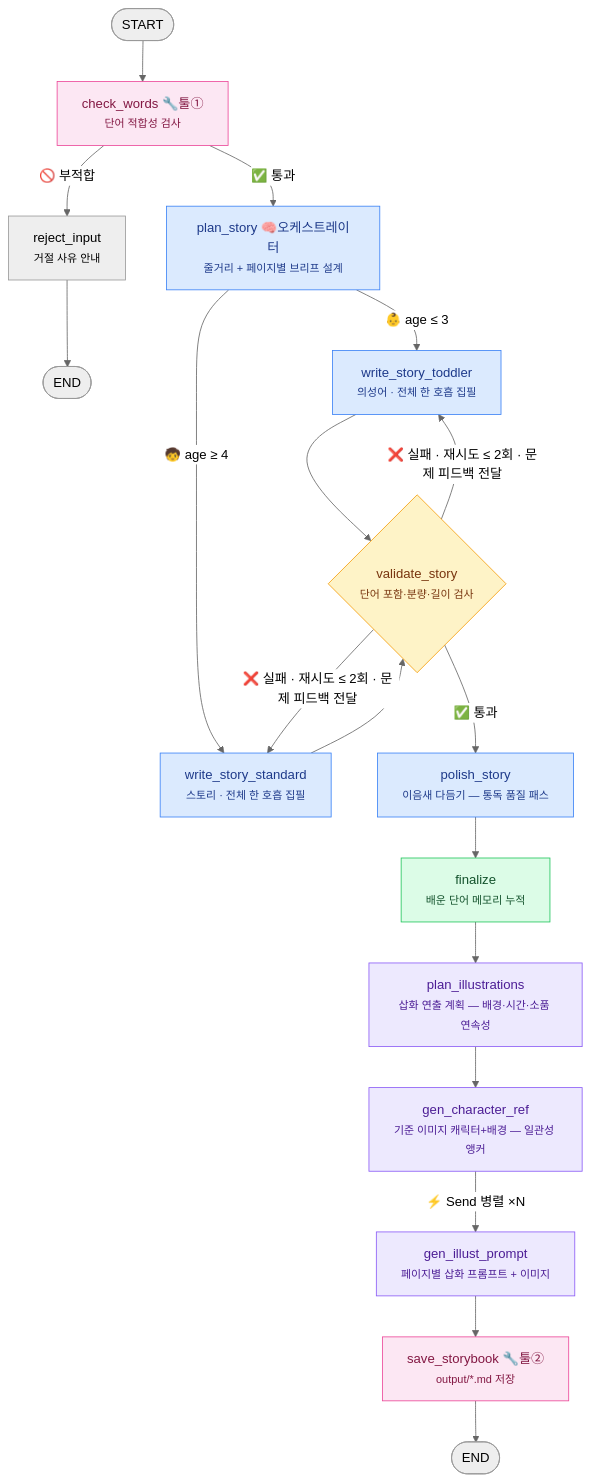
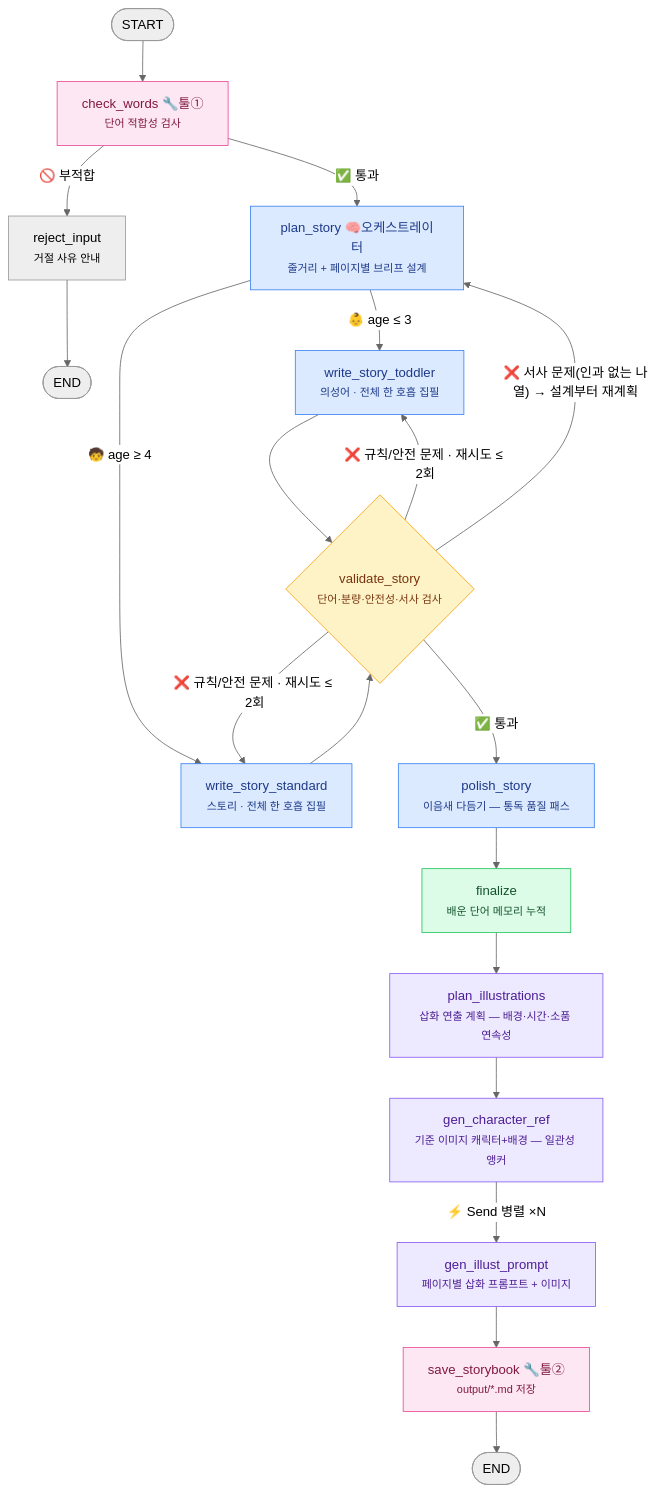
One commit to jang-yean-chul/master-agent changed the diagram in project_1/README.md. Above: the diagram before and after it, drawn with Mermaid (neutral theme). The commit also changed other lines of this file, not shown here.

````diff
--- a/project_1/README.md
+++ b/project_1/README.md
@@ -33,30 +33,31 @@
 ```mermaid
 flowchart TD
     S([START]) --> T1[check_words 🔧툴①<br/><small>단어 적합성 검사</small>]
     T1 -- "🚫 부적합" --> R[reject_input<br/><small>거절 사유 안내</small>] --> E1([END])
     T1 -- "✅ 통과" --> A[plan_story 🧠오케스트레이터<br/><small>줄거리 + 페이지별 브리프 설계</small>]
     A -- "👶 age ≤ 3" --> B1[write_story_toddler<br/><small>의성어 · 전체 한 호흡 집필</small>]
     A -- "🧒 age ≥ 4" --> B2[write_story_standard<br/><small>스토리 · 전체 한 호흡 집필</small>]
-    B1 --> C{validate_story<br/><small>단어 포함·분량·길이 검사</small>}
+    B1 --> C{validate_story<br/><small>단어·분량·안전성·서사 검사</small>}
     B2 --> C
-    C -- "❌ 실패 · 재시도 ≤ 2회 · 문제 피드백 전달" --> B1 & B2
+    C -- "❌ 규칙/안전 문제 · 재시도 ≤ 2회" --> B1 & B2
+    C -- "❌ 서사 문제(인과 없는 나열) → 설계부터 재계획" --> A
     C -- "✅ 통과" --> PS[polish_story<br/><small>이음새 다듬기 — 통독 품질 패스</small>]
     PS --> D[finalize<br/><small>배운 단어 메모리 누적</small>]
     D --> PI[plan_illustrations<br/><small>삽화 연출 계획 — 배경·시간·소품 연속성</small>]
     PI --> CR[gen_character_ref<br/><small>기준 이미지 캐릭터+배경 — 일관성 앵커</small>]
     CR -- "⚡ Send 병렬 ×N" --> P[gen_illust_prompt<br/><small>페이지별 삽화 프롬프트 + 이미지</small>]
     P --> T2[save_storybook 🔧툴②<br/><small>output/*.md 저장</small>]
     T2 --> E2([END])
 
     style T1 fill:#fce7f3,stroke:#ec4899,color:#831843
     style T2 fill:#fce7f3,stroke:#ec4899,color:#831843
     style A fill:#dbeafe,stroke:#3b82f6,color:#1e3a8a
     style B1 fill:#dbeafe,stroke:#3b82f6,color:#1e3a8a
     style B2 fill:#dbeafe,stroke:#3b82f6,color:#1e3a8a
     style C fill:#fef3c7,stroke:#f59e0b,color:#78350f
     style PS fill:#dbeafe,stroke:#3b82f6,color:#1e3a8a
     style PI fill:#ede9fe,stroke:#8b5cf6,color:#4c1d95
     style CR fill:#ede9fe,stroke:#8b5cf6,color:#4c1d95
     style P fill:#ede9fe,stroke:#8b5cf6,color:#4c1d95
     style D fill:#dcfce7,stroke:#22c55e,color:#14532d
 ```
````
